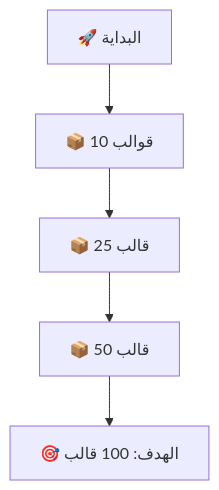
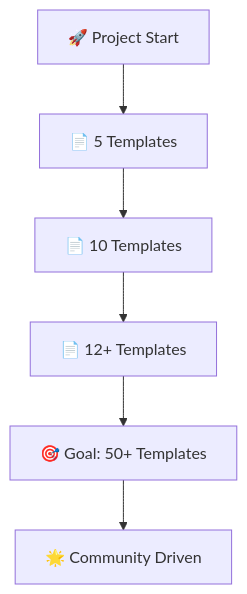
The second of 2 diagrams in README.md (Lord-shaban/Awesome-GitHub-Profile-READM-Templates), drawn with Mermaid before and after one commit. The commit also changed other lines of this file, not shown here.

````diff
--- a/README.md
+++ b/README.md
@@ -387,7 +569,8 @@
 ```mermaid
 graph TD
-    A[🚀 البداية] --> B[📦 10 قوالب]
-    B --> C[📦 25 قالب]
-    C --> D[📦 50 قالب]
-    D --> E[🎯 الهدف: 100 قالب]
+    A[🚀 Project Start] --> B[📄 5 Templates]
+    B --> C[📄 10 Templates]
+    C --> D[📄 12+ Templates]
+    D --> E[🎯 Goal: 50+ Templates]
+    E --> F[🌟 Community Driven]
 ```
````
